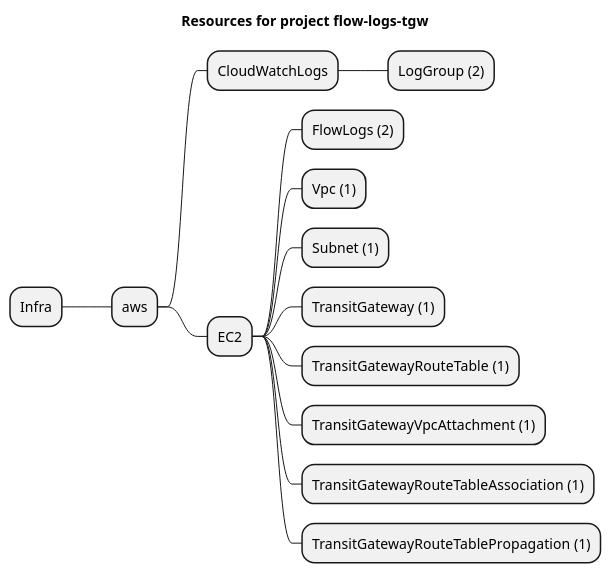
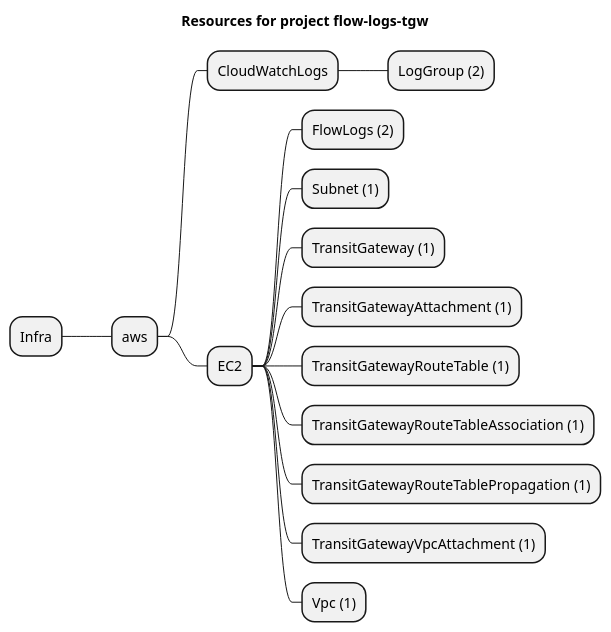
Before and after one commit to grucloud/grucloud: the diagram in examples/aws/EC2/flow-logs/flow-logs-tgw/artifacts/resources-mindmap.puml, drawn with PlantUML. The commit also changed 4 other files, not shown here.

Commit message:
GraphqlApi replace region

```diff
--- a/examples/aws/EC2/flow-logs/flow-logs-tgw/artifacts/resources-mindmap.puml
+++ b/examples/aws/EC2/flow-logs/flow-logs-tgw/artifacts/resources-mindmap.puml
@@ -1,17 +1,18 @@
 @startmindmap
 title Resources for project flow-logs-tgw
 skinparam monochrome true
 + Infra
 ++ aws
 +++ CloudWatchLogs
 ++++ LogGroup (2)
 +++ EC2
 ++++ FlowLogs (2)
-++++ Vpc (1)
 ++++ Subnet (1)
 ++++ TransitGateway (1)
+++++ TransitGatewayAttachment (1)
 ++++ TransitGatewayRouteTable (1)
-++++ TransitGatewayVpcAttachment (1)
 ++++ TransitGatewayRouteTableAssociation (1)
 ++++ TransitGatewayRouteTablePropagation (1)
+++++ TransitGatewayVpcAttachment (1)
+++++ Vpc (1)
 @endmindmap
```
